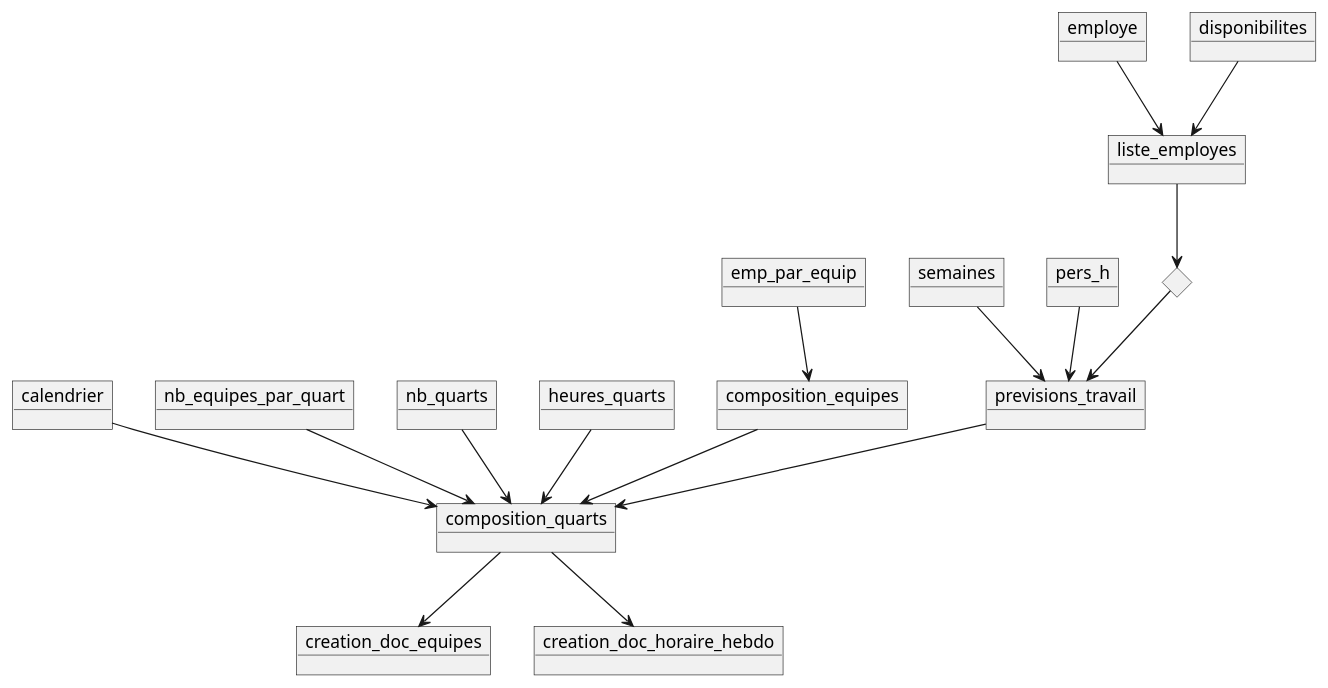
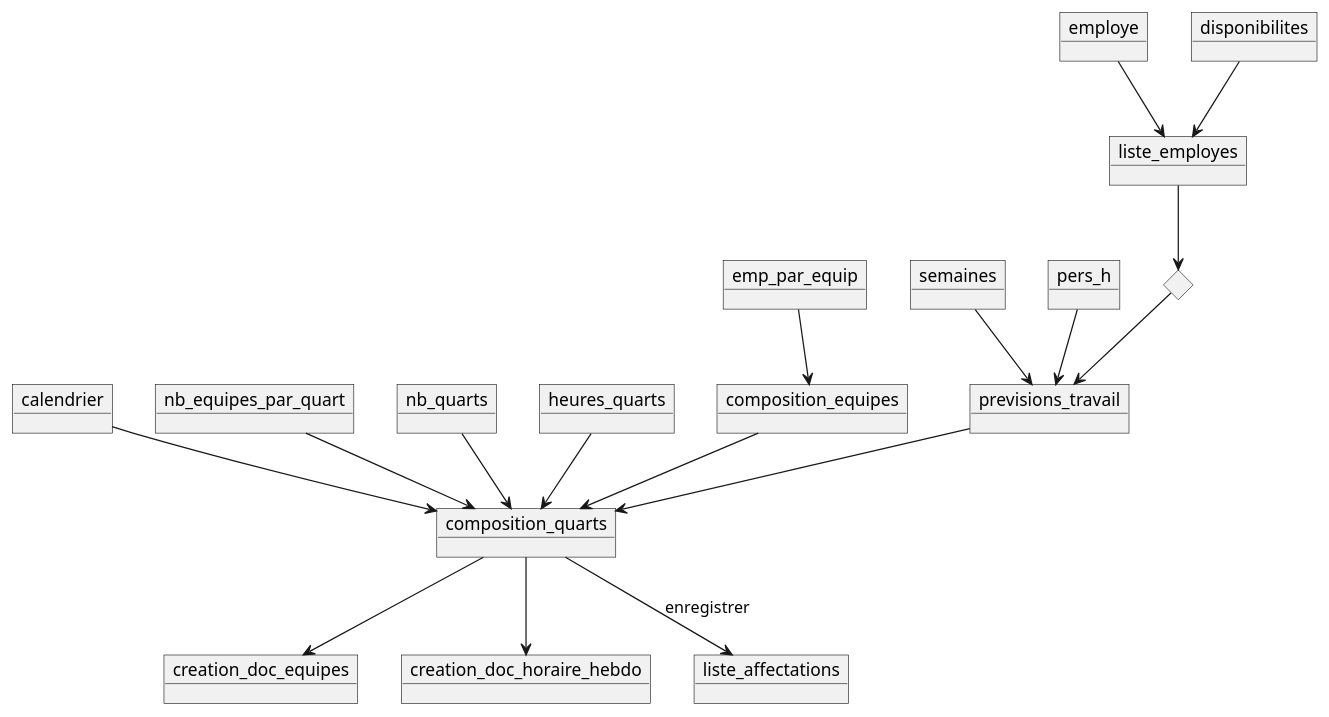
Before and after one commit to jkero/horaire: the diagram in matrice_temps/refonte_2024/doc/source/prerequis.rst, drawn with PlantUML. The commit also changed 2 other files, not shown here.

Commit message:
revue 2024 mcd + pseudo-code + mariadb

```diff
--- a/matrice_temps/refonte_2024/doc/source/prerequis.rst
+++ b/matrice_temps/refonte_2024/doc/source/prerequis.rst
@@ -38,40 +38,41 @@
 .. uml::
 
     @startuml
     object liste_employes
     object employe
     object disponibilites
     object previsions_travail
     object semaines
     object pers_h
     object composition_quarts
     object calendrier
     object creation_doc_equipes
     object creation_doc_horaire_hebdo
     object nb_equipes_par_quart
     object emp_par_equip
     object nb_quarts
     object heures_quarts
     object composition_equipes
+    object liste_affectations
 
 
     diamond d1
 
     liste_employes --> d1
     employe --> liste_employes
     disponibilites --> liste_employes
     d1 --> previsions_travail
     semaines --> previsions_travail
     previsions_travail --> composition_quarts
     pers_h --> previsions_travail
     calendrier --> composition_quarts
     composition_quarts --> creation_doc_equipes
     composition_quarts --> creation_doc_horaire_hebdo
     nb_equipes_par_quart --> composition_quarts
     nb_quarts --> composition_quarts
     composition_equipes --> composition_quarts
     emp_par_equip --> composition_equipes
     heures_quarts --> composition_quarts
-
+    composition_quarts --> liste_affectations : "enregistrer"
 
     @enduml
```
